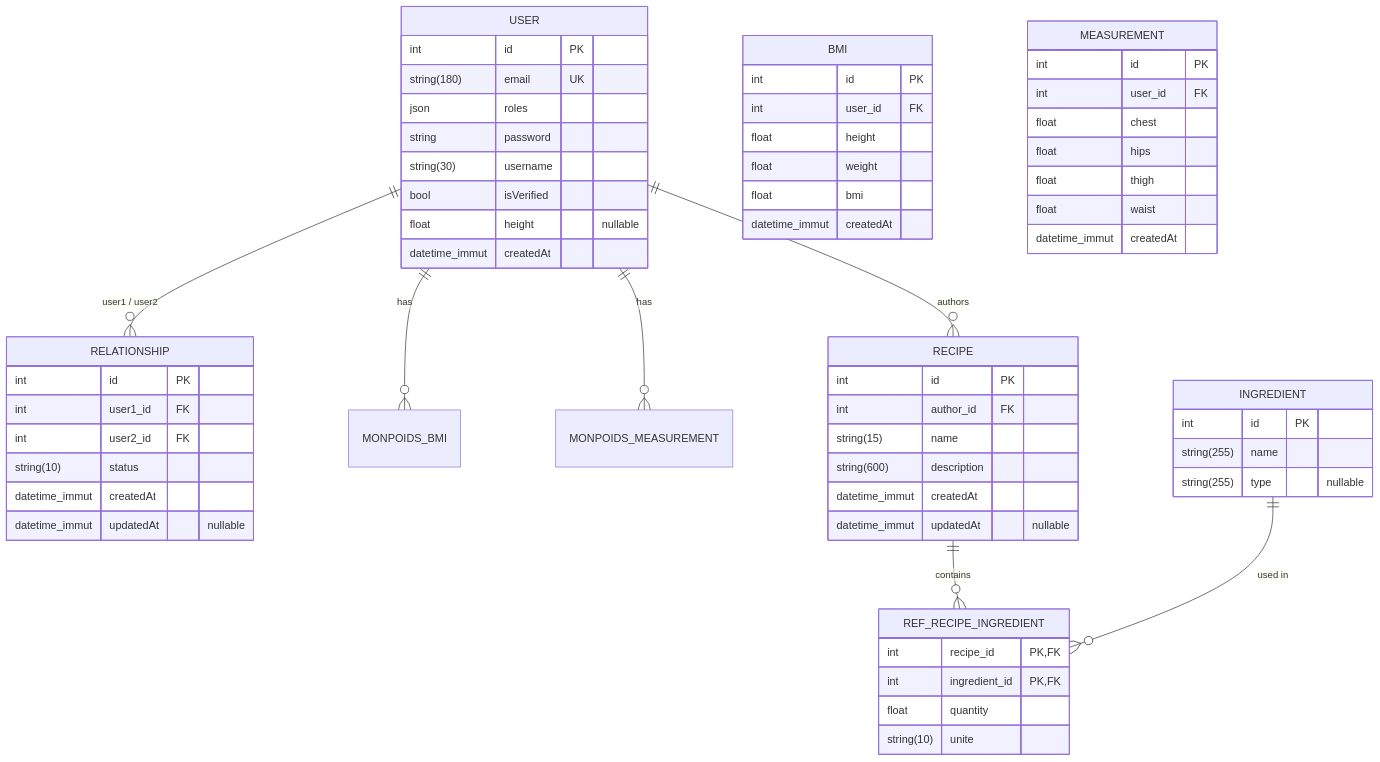
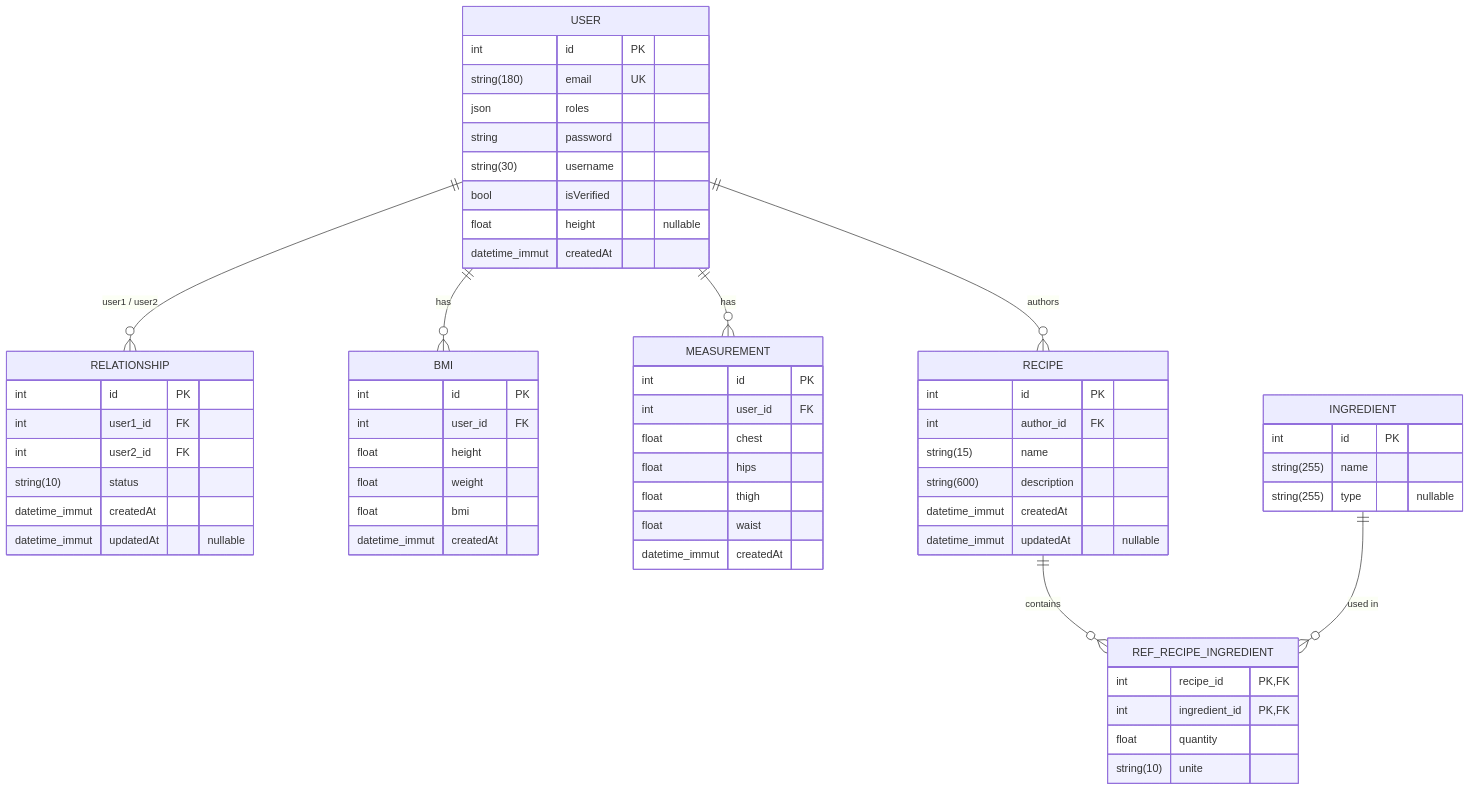
The diagram in README.md (EECKHOUTRemi/MesApplisHF), drawn with Mermaid before and after one commit.

Commit message:
fix: FK link in db schema

````diff
--- a/README.md
+++ b/README.md
@@ -67,70 +67,70 @@
 ```mermaid
 erDiagram
     USER ||--o{ RELATIONSHIP    : "user1 / user2"
-    USER ||--o{ MONPOIDS_BMI    : has
-    USER ||--o{ MONPOIDS_MEASUREMENT : has
+    USER ||--o{ BMI    : has
+    USER ||--o{ MEASUREMENT : has
     USER ||--o{ RECIPE          : authors
     RECIPE ||--o{ REF_RECIPE_INGREDIENT : contains
     INGREDIENT ||--o{ REF_RECIPE_INGREDIENT : "used in"
 
     USER {
         int             id PK
         string(180)     email UK
         json            roles
         string          password
         string(30)      username
         bool            isVerified
         float           height "nullable"
         datetime_immut  createdAt
     }
 
     RELATIONSHIP {
         int             id PK
         int             user1_id FK
         int             user2_id FK
         string(10)      status
         datetime_immut  createdAt
         datetime_immut  updatedAt "nullable"
     }
 
     BMI {
         int             id PK
         int             user_id FK
         float           height
         float           weight
         float           bmi
         datetime_immut  createdAt
     }
 
     MEASUREMENT {
         int             id PK
         int             user_id FK
         float           chest
         float           hips
         float           thigh
         float           waist
         datetime_immut  createdAt
     }
 
     RECIPE {
         int             id PK
         int             author_id FK
         string(15)      name
         string(600)     description
         datetime_immut  createdAt
         datetime_immut  updatedAt "nullable"
     }
 
     INGREDIENT {
         int             id PK
         string(255)     name
         string(255)     type "nullable"
     }
 
     REF_RECIPE_INGREDIENT {
         int             recipe_id PK,FK
         int             ingredient_id PK,FK
         float           quantity
         string(10)      unite
     }
 ```
````
